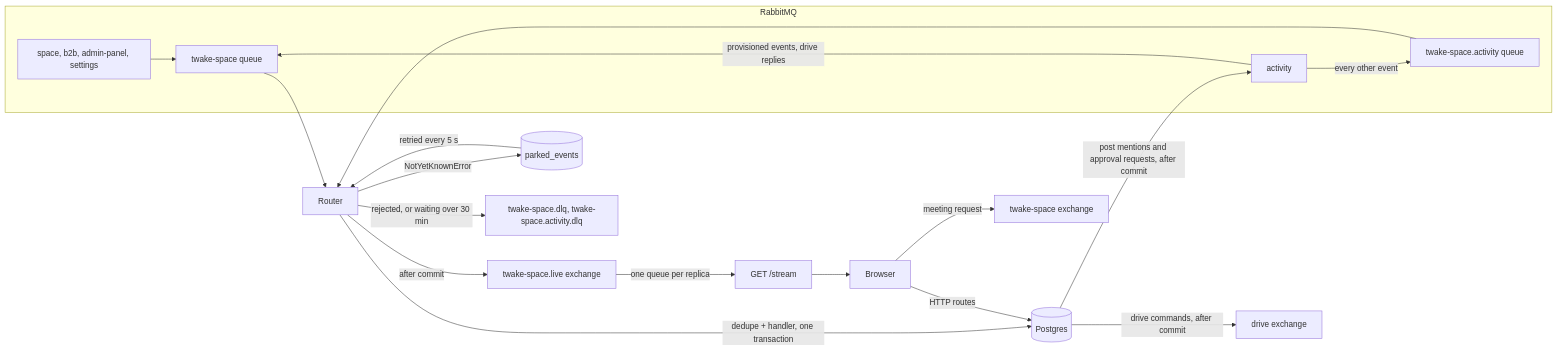
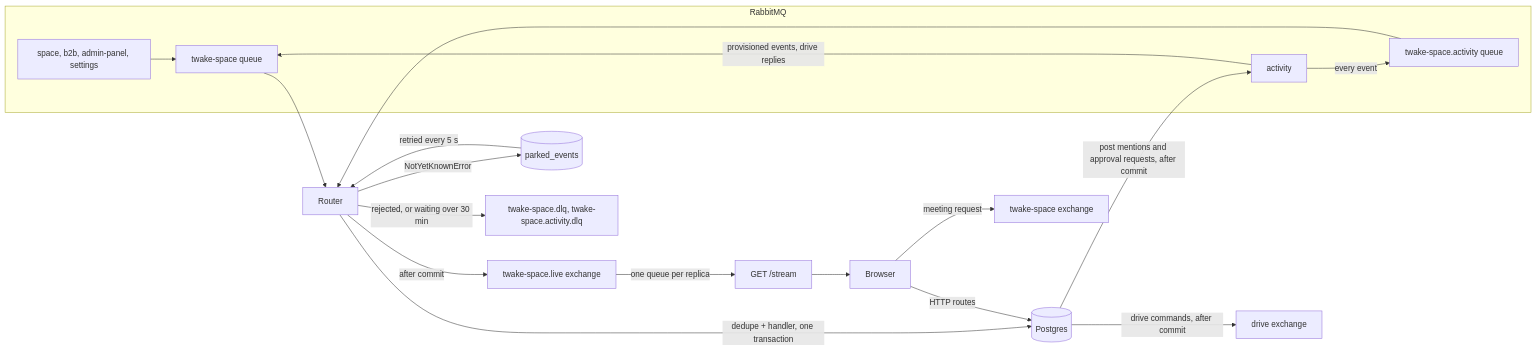
Before and after one commit to linagora/twake-space: the first of 5 diagrams in docs/events.md, drawn with Mermaid. The commit also changed other lines of this file and 6 other files, not shown here.

````diff
--- a/docs/events.md
+++ b/docs/events.md
@@ -16,25 +16,25 @@
 ```mermaid
 flowchart LR
   subgraph RabbitMQ
     P["space, b2b, admin-panel, settings"]
     A[activity]
     Q[twake-space queue]
     AQ[twake-space.activity queue]
   end
   P --> Q
   A -->|provisioned events, drive replies| Q
-  A -->|every other event| AQ
+  A -->|every event| AQ
   Q --> R[Router]
   AQ --> R
   R -->|dedupe + handler, one transaction| PG[(Postgres)]
   R -->|NotYetKnownError| PE[(parked_events)]
   PE -->|retried every 5 s| R
   R -->|rejected, or waiting over 30 min| DLQ["twake-space.dlq, twake-space.activity.dlq"]
   R -->|after commit| L[twake-space.live exchange]
   L -->|one queue per replica| SSE[GET /stream]
   SSE --> B[Browser]
   B -->|HTTP routes| PG
   B -->|meeting request| M[twake-space exchange]
   PG -->|drive commands, after commit| D[drive exchange]
   PG -->|post mentions and approval requests, after commit| A
 ```
````
